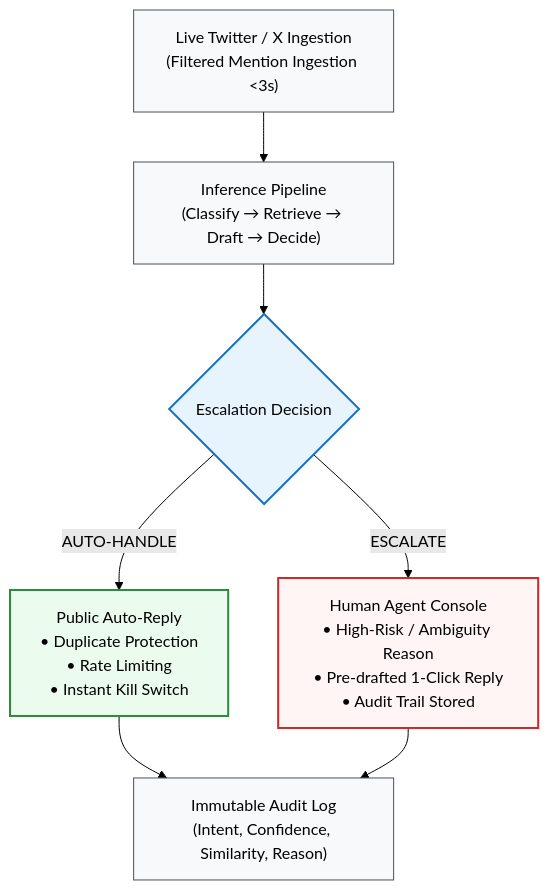
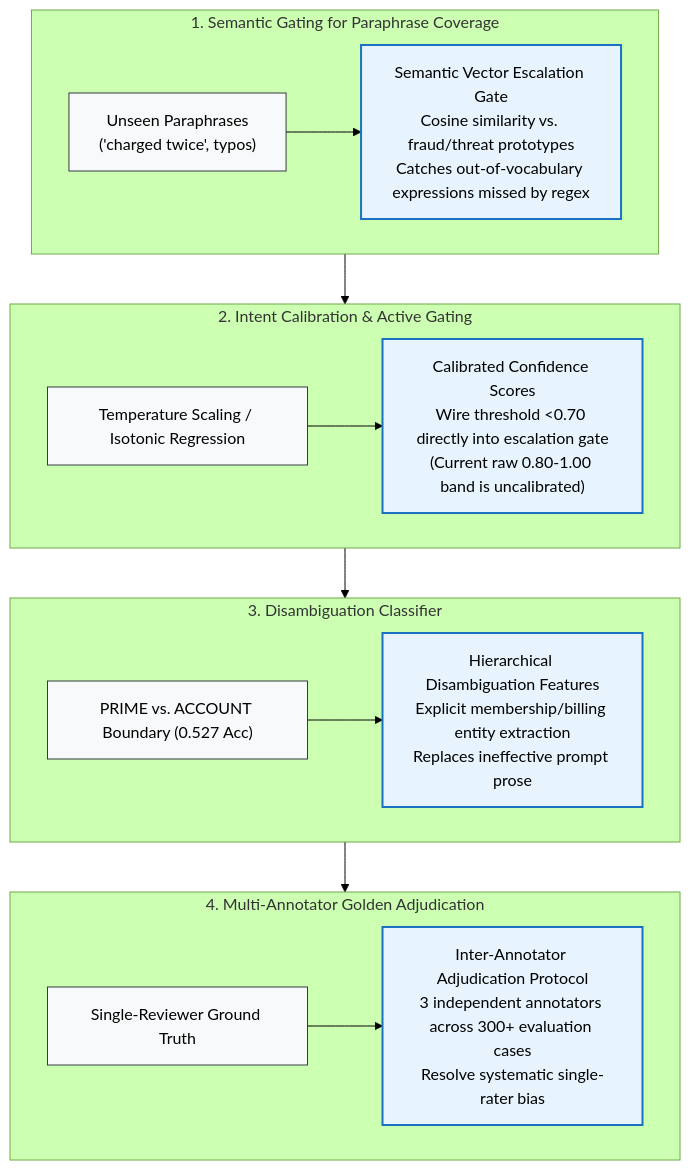
One commit to samyuthavangari/commerce-support-agent changed the second of 2 diagrams in README.md. Above: the diagram before and after it, drawn with Mermaid (forest theme). The commit also changed other lines of this file and 3 other files, not shown here.

Commit message:
refactor: address reviewer critique with model transparency, generalization gap framing, and actionable engineering roadmap

````diff
--- a/README.md
+++ b/README.md
@@ -310,20 +320,25 @@
 ```mermaid
 flowchart TD
-    TW["Live Twitter / X Ingestion<br/>(Filtered Mention Ingestion &lt;3s)"] --> AG["Inference Pipeline<br/>(Classify &rarr; Retrieve &rarr; Draft &rarr; Decide)"]
-    
-    AG --> DEC{"Escalation Decision"}
-    
-    DEC -- "AUTO-HANDLE" --> PUB["Public Auto-Reply<br/>&bull; Duplicate Protection<br/>&bull; Rate Limiting<br/>&bull; Instant Kill Switch"]
-    DEC -- "ESCALATE" --> INBOX["Human Agent Console<br/>&bull; High-Risk / Ambiguity Reason<br/>&bull; Pre-drafted 1-Click Reply<br/>&bull; Audit Trail Stored"]
-    
-    PUB & INBOX --> AUDIT["Immutable Audit Log<br/>(Intent, Confidence, Similarity, Reason)"]
+    subgraph PHASE1 ["1. Semantic Gating for Paraphrase Coverage"]
+        P1A["Unseen Paraphrases<br/>('charged twice', typos)"] --> P1B["Semantic Vector Escalation Gate<br/>Cosine similarity vs. fraud/threat prototypes<br/>Catches out-of-vocabulary expressions missed by regex"]
+    end
 
-    classDef stream fill:#f8f9fa,stroke:#495057,stroke-width:1px;
-    classDef decNode fill:#e8f4fd,stroke:#1971c2,stroke-width:2px;
-    classDef autoNode fill:#ebfbee,stroke:#2b8a3e,stroke-width:2px;
-    classDef humanNode fill:#fff5f5,stroke:#c92a2a,stroke-width:2px;
-    class TW,AG,AUDIT stream;
-    class DEC decNode;
-    class PUB autoNode;
-    class INBOX humanNode;
+    subgraph PHASE2 ["2. Intent Calibration & Active Gating"]
+        P2A["Temperature Scaling / Isotonic Regression"] --> P2B["Calibrated Confidence Scores<br/>Wire threshold &lt;0.70 directly into escalation gate<br/>(Current raw 0.80-1.00 band is uncalibrated)"]
+    end
+
+    subgraph PHASE3 ["3. Disambiguation Classifier"]
+        P3A["PRIME vs. ACCOUNT Boundary (0.527 Acc)"] --> P3B["Hierarchical Disambiguation Features<br/>Explicit membership/billing entity extraction<br/>Replaces ineffective prompt prose"]
+    end
+
+    subgraph PHASE4 ["4. Multi-Annotator Golden Adjudication"]
+        P4A["Single-Reviewer Ground Truth"] --> P4B["Inter-Annotator Adjudication Protocol<br/>3 independent annotators across 300+ evaluation cases<br/>Resolve systematic single-rater bias"]
+    end
+
+    PHASE1 --> PHASE2 --> PHASE3 --> PHASE4
+
+    classDef phase fill:#f8f9fa,stroke:#343a40,stroke-width:1px;
+    classDef highlight fill:#e8f4fd,stroke:#1971c2,stroke-width:2px;
+    class P1A,P2A,P3A,P4A phase;
+    class P1B,P2B,P3B,P4B highlight;
 ```
````
